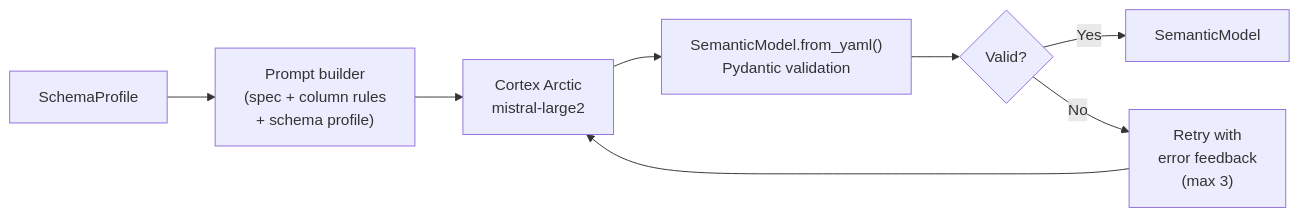
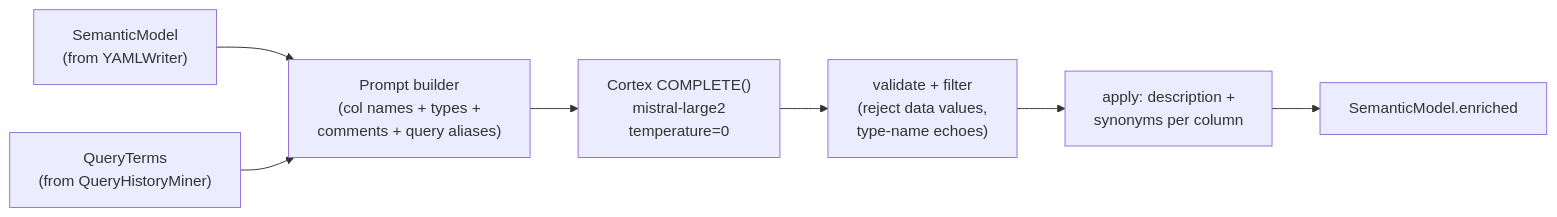
One commit to CynicDog/semantic-model-weaver changed the sixth of 13 diagrams in .claude/architecture/ARCHITECTURE.md. Above: the diagram before and after it, drawn with Mermaid. The commit also changed other lines of this file and 21 other files, not shown here.

````diff
--- a/.claude/architecture/ARCHITECTURE.md
+++ b/.claude/architecture/ARCHITECTURE.md
@@ -204,14 +330,12 @@
 ```mermaid
 flowchart LR
-    sp["SchemaProfile"]
-    prompt["Prompt builder\n(spec + column rules\n+ schema profile)"]
-    arctic["Cortex Arctic\nmistral-large2"]
-    parse["SemanticModel.from_yaml()\nPydantic validation"]
-    ok{"Valid?"}
-    retry["Retry with\nerror feedback\n(max 3)"]
-    out["SemanticModel"]
+    model["SemanticModel\n(from YAMLWriter)"]
+    terms["QueryTerms\n(from QueryHistoryMiner)"]
+    prompt["Prompt builder\n(col names + types +\ncomments + query aliases)"]
+    cortex["Cortex COMPLETE()\nmistral-large2\ntemperature=0"]
+    validate["validate + filter\n(reject data values,\ntype-name echoes)"]
+    apply["apply: description +\nsynonyms per column"]
+    out["SemanticModel.enriched"]
 
-    sp --> prompt --> arctic --> parse --> ok
-    ok -- "Yes" --> out
-    ok -- "No" --> retry --> arctic
+    model & terms --> prompt --> cortex --> validate --> apply --> out
 ```
````
